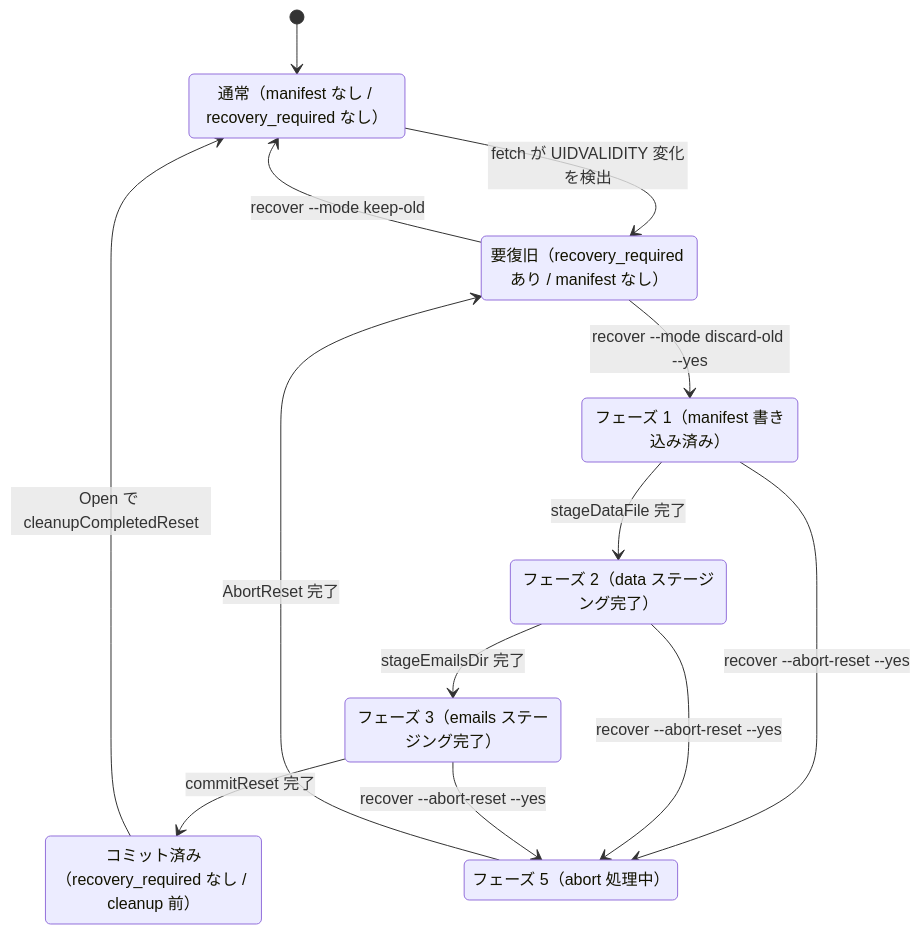
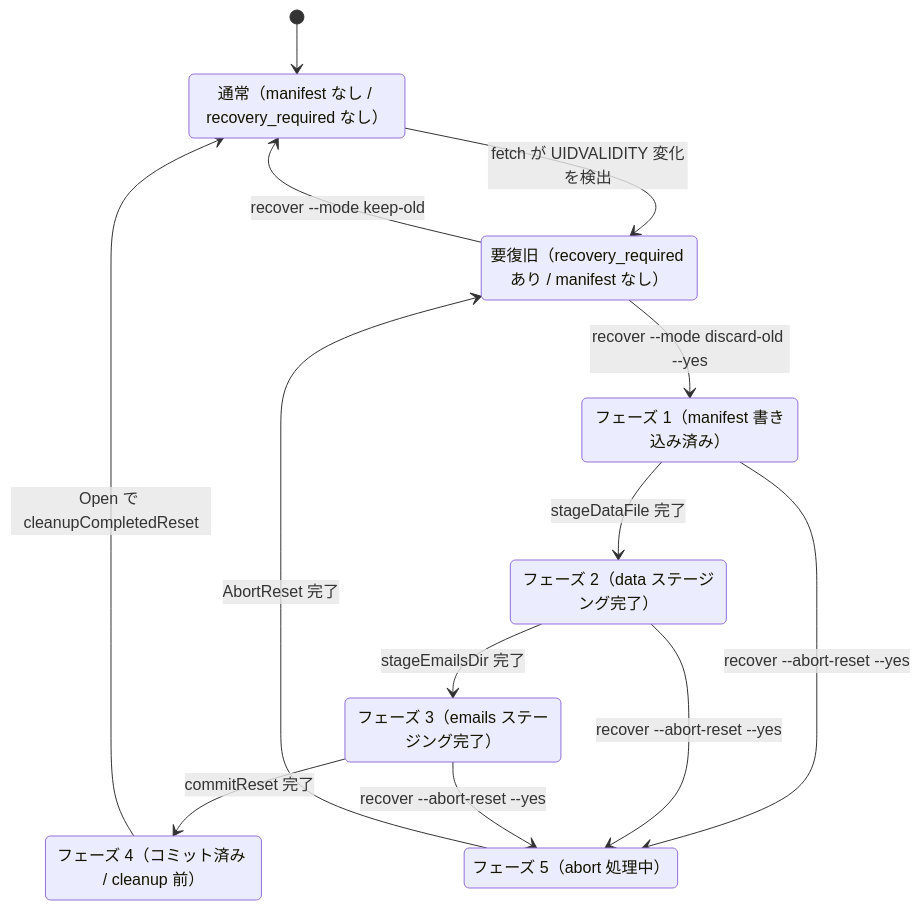
The diagram in docs/dev/adr/0003_reset_phase_design.ja.md (isseis/tlsrpt-digest), drawn with Mermaid before and after one commit. The commit also changed other lines of this file and 1 other file, not shown here.

Commit message:
docs(adr-0003): show phase 4 explicitly in state transition diagram
Replace the implicit "Committed" state with an explicit P4 node so the
diagram is consistent with the phase table. Add a separate note explaining
the commit-window crash (phase 3 + sentinel committed) and why it
converges to Normal via the same cleanup path as phase 4.

````diff
--- a/docs/dev/adr/0003_reset_phase_design.ja.md
+++ b/docs/dev/adr/0003_reset_phase_design.ja.md
@@ -62,24 +62,24 @@
 ```mermaid
 stateDiagram-v2
     [*] --> Normal
 
     Normal : 通常（manifest なし / recovery_required なし）
     RR : 要復旧（recovery_required あり / manifest なし）
     P1 : フェーズ 1（manifest 書き込み済み）
     P2 : フェーズ 2（data ステージング完了）
     P3 : フェーズ 3（emails ステージング完了）
-    Committed : コミット済み（recovery_required なし / cleanup 前）
+    P4 : フェーズ 4（コミット済み / cleanup 前）
     P5 : フェーズ 5（abort 処理中）
 
     Normal --> RR : fetch が UIDVALIDITY 変化を検出
     RR --> Normal : recover --mode keep-old
     RR --> P1 : recover --mode discard-old --yes
     P1 --> P2 : stageDataFile 完了
     P2 --> P3 : stageEmailsDir 完了
-    P3 --> Committed : commitReset 完了
-    Committed --> Normal : Open で cleanupCompletedReset
+    P3 --> P4 : commitReset 完了
+    P4 --> Normal : Open で cleanupCompletedReset
     P1 --> P5 : recover --abort-reset --yes
     P2 --> P5 : recover --abort-reset --yes
     P3 --> P5 : recover --abort-reset --yes
     P5 --> RR : AbortReset 完了
 ```
````
